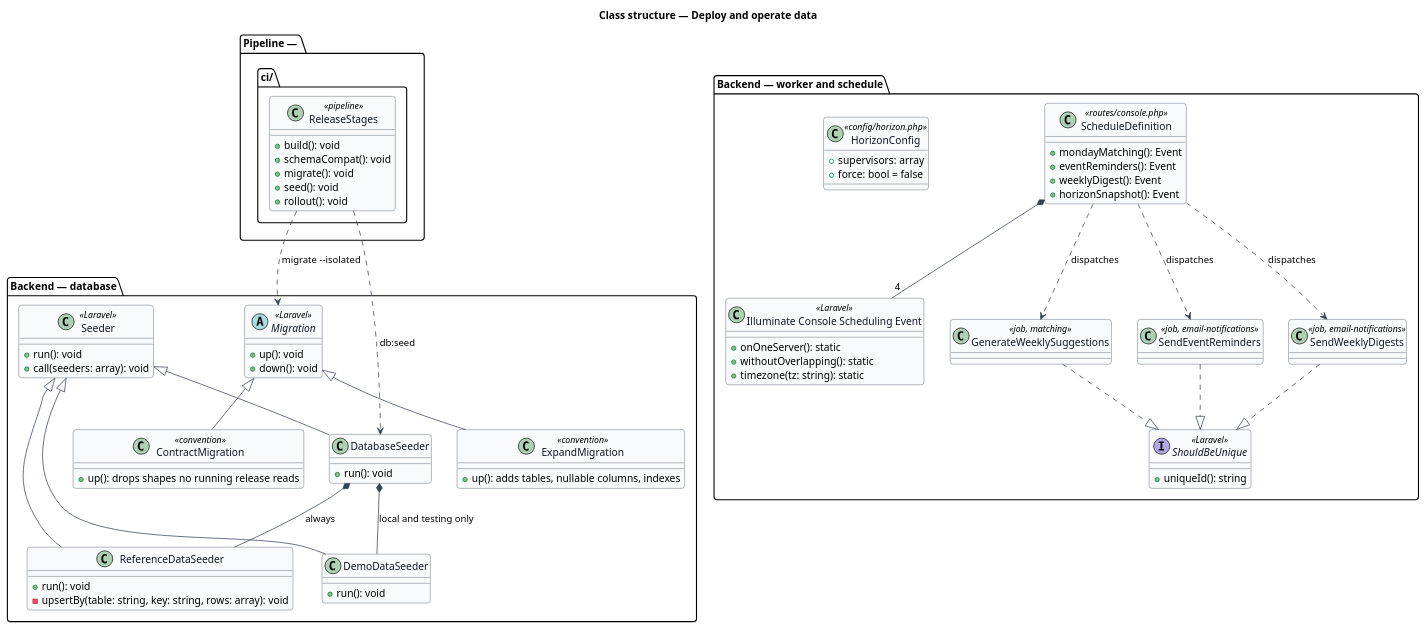
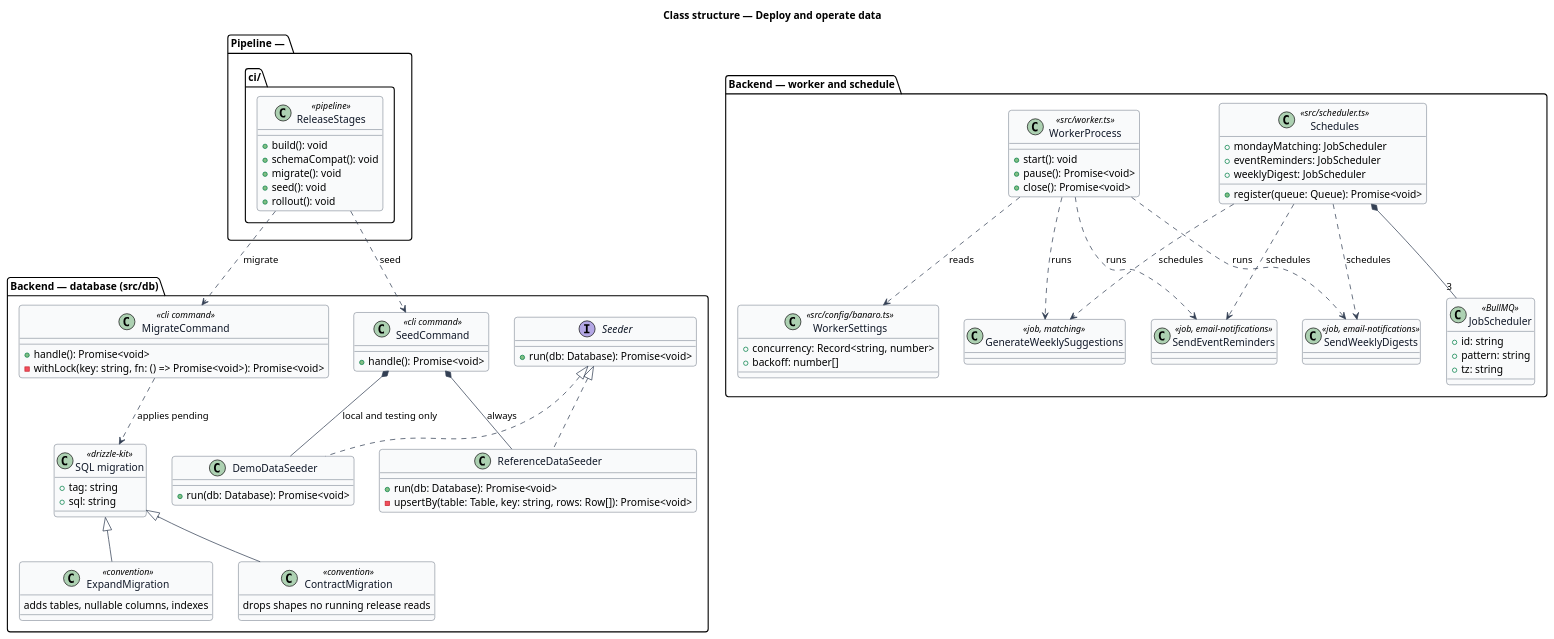
One commit to QuinntyneBrown/banaro changed the diagram in docs/detailed-designs/operations/deploy-and-operate-data/diagrams/class-structure.puml. Above: the diagram before and after it, drawn with PlantUML. The commit also changed 321 other files, not shown here.

```diff
--- a/docs/detailed-designs/operations/deploy-and-operate-data/diagrams/class-structure.puml
+++ b/docs/detailed-designs/operations/deploy-and-operate-data/diagrams/class-structure.puml
@@ -1,93 +1,99 @@
 @startuml
 ' --- shared skin header ---
 skinparam backgroundColor #FFFFFF
 skinparam shadowing false
 skinparam roundcorner 8
 skinparam defaultFontName Arial
 skinparam ArrowColor #344054
 skinparam class {
   BorderColor #344054
   FontColor #101828
   BackgroundColor #F9FAFB
 }
 ' --------------------------
 title Class structure — Deploy and operate data
 
-package "Backend — database" {
-  abstract class Migration <<Laravel>> {
-    +up(): void
-    +down(): void
+package "Backend — database (src/db)" {
+  class MigrateCommand <<cli command>> {
+    +handle(): Promise<void>
+    -withLock(key: string, fn: () => Promise<void>): Promise<void>
+  }
+  class "SQL migration" as Migration <<drizzle-kit>> {
+    +tag: string
+    +sql: string
   }
   class ExpandMigration <<convention>> {
-    +up(): adds tables, nullable columns, indexes
+    adds tables, nullable columns, indexes
   }
   class ContractMigration <<convention>> {
-    +up(): drops shapes no running release reads
+    drops shapes no running release reads
   }
-  class Seeder <<Laravel>> {
-    +run(): void
-    +call(seeders: array): void
+  class SeedCommand <<cli command>> {
+    +handle(): Promise<void>
   }
-  class DatabaseSeeder {
-    +run(): void
+  interface Seeder {
+    +run(db: Database): Promise<void>
   }
   class ReferenceDataSeeder {
-    +run(): void
-    -upsertBy(table: string, key: string, rows: array): void
+    +run(db: Database): Promise<void>
+    -upsertBy(table: Table, key: string, rows: Row[]): Promise<void>
   }
   class DemoDataSeeder {
-    +run(): void
+    +run(db: Database): Promise<void>
   }
 }
 
 package "Backend — worker and schedule" {
-  class ScheduleDefinition <<routes/console.php>> {
-    +mondayMatching(): Event
-    +eventReminders(): Event
-    +weeklyDigest(): Event
-    +horizonSnapshot(): Event
+  class Schedules <<src/scheduler.ts>> {
+    +mondayMatching: JobScheduler
+    +eventReminders: JobScheduler
+    +weeklyDigest: JobScheduler
+    +register(queue: Queue): Promise<void>
   }
-  class "Illuminate Console Scheduling Event" as SchedEvent <<Laravel>> {
-    +onOneServer(): static
-    +withoutOverlapping(): static
-    +timezone(tz: string): static
+  class JobScheduler <<BullMQ>> {
+    +id: string
+    +pattern: string
+    +tz: string
   }
-  interface ShouldBeUnique <<Laravel>> {
-    +uniqueId(): string
+  class WorkerProcess <<src/worker.ts>> {
+    +start(): void
+    +pause(): Promise<void>
+    +close(): Promise<void>
   }
   class GenerateWeeklySuggestions <<job, matching>>
   class SendEventReminders <<job, email-notifications>>
   class SendWeeklyDigests <<job, email-notifications>>
-  class HorizonConfig <<config/horizon.php>> {
-    +supervisors: array
-    +force: bool = false
+  class WorkerSettings <<src/config/banaro.ts>> {
+    +concurrency: Record<string, number>
+    +backoff: number[]
   }
 }
 
 package "Pipeline — .ci/" {
   class ReleaseStages <<pipeline>> {
     +build(): void
     +schemaCompat(): void
     +migrate(): void
     +seed(): void
     +rollout(): void
   }
 }
 
 Migration <|-- ExpandMigration
 Migration <|-- ContractMigration
-Seeder <|-- DatabaseSeeder
-Seeder <|-- ReferenceDataSeeder
-Seeder <|-- DemoDataSeeder
-DatabaseSeeder *-- ReferenceDataSeeder : always
-DatabaseSeeder *-- DemoDataSeeder : local and testing only
-ScheduleDefinition *-- "4" SchedEvent
-ScheduleDefinition ..> GenerateWeeklySuggestions : dispatches
-ScheduleDefinition ..> SendEventReminders : dispatches
-ScheduleDefinition ..> SendWeeklyDigests : dispatches
-GenerateWeeklySuggestions ..|> ShouldBeUnique
-SendEventReminders ..|> ShouldBeUnique
-SendWeeklyDigests ..|> ShouldBeUnique
-ReleaseStages ..> Migration : migrate ~-~-isolated
-ReleaseStages ..> DatabaseSeeder : db:seed
+MigrateCommand ..> Migration : applies pending
+Seeder <|.. ReferenceDataSeeder
+Seeder <|.. DemoDataSeeder
+SeedCommand *-- ReferenceDataSeeder : always
+SeedCommand *-- DemoDataSeeder : local and testing only
+Schedules *-- "3" JobScheduler
+Schedules ..> GenerateWeeklySuggestions : schedules
+Schedules ..> SendEventReminders : schedules
+Schedules ..> SendWeeklyDigests : schedules
+WorkerProcess ..> GenerateWeeklySuggestions : runs
+WorkerProcess ..> SendEventReminders : runs
+WorkerProcess ..> SendWeeklyDigests : runs
+WorkerProcess ..> WorkerSettings : reads
+ReleaseStages ..> MigrateCommand : migrate
+ReleaseStages ..> SeedCommand : seed
 @enduml
```
